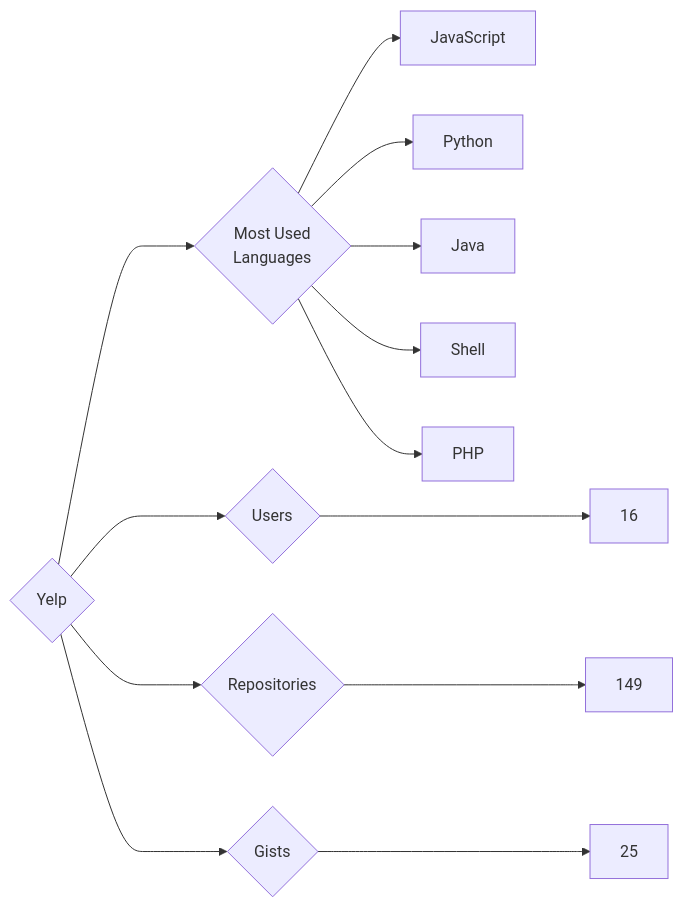
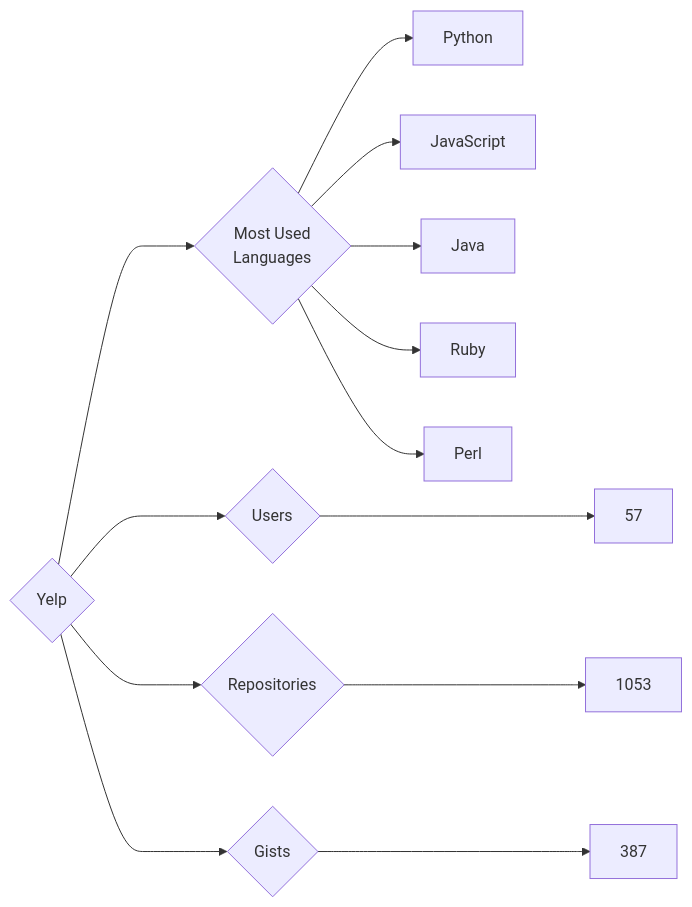
One commit to trickest/insiders changed the diagram in targets/Yelp/README.md. Above: the diagram before and after it, drawn with Mermaid. The commit also changed 877 other files, not shown here.

````diff
--- a/targets/Yelp/README.md
+++ b/targets/Yelp/README.md
@@ -3,13 +3,13 @@
 ```mermaid
 graph LR
 COMPANY_NAME{Yelp}
-COMPANY_NAME ---> U{Users} ---> UN[16]
-COMPANY_NAME ---> R{Repositories} ---> RN[149]
-COMPANY_NAME ---> G{Gists} ---> GN[25]
+COMPANY_NAME ---> U{Users} ---> UN[57]
+COMPANY_NAME ---> R{Repositories} ---> RN[1053]
+COMPANY_NAME ---> G{Gists} ---> GN[387]
 COMPANY_NAME ---> ML{Most Used<br>Languages}
+ML --> Python[Python]
 ML --> JavaScript[JavaScript]
-ML --> Python[Python]
 ML --> Java[Java]
-ML --> Shell[Shell]
-ML --> PHP[PHP]
+ML --> Ruby[Ruby]
+ML --> Perl[Perl]
 ```
````
